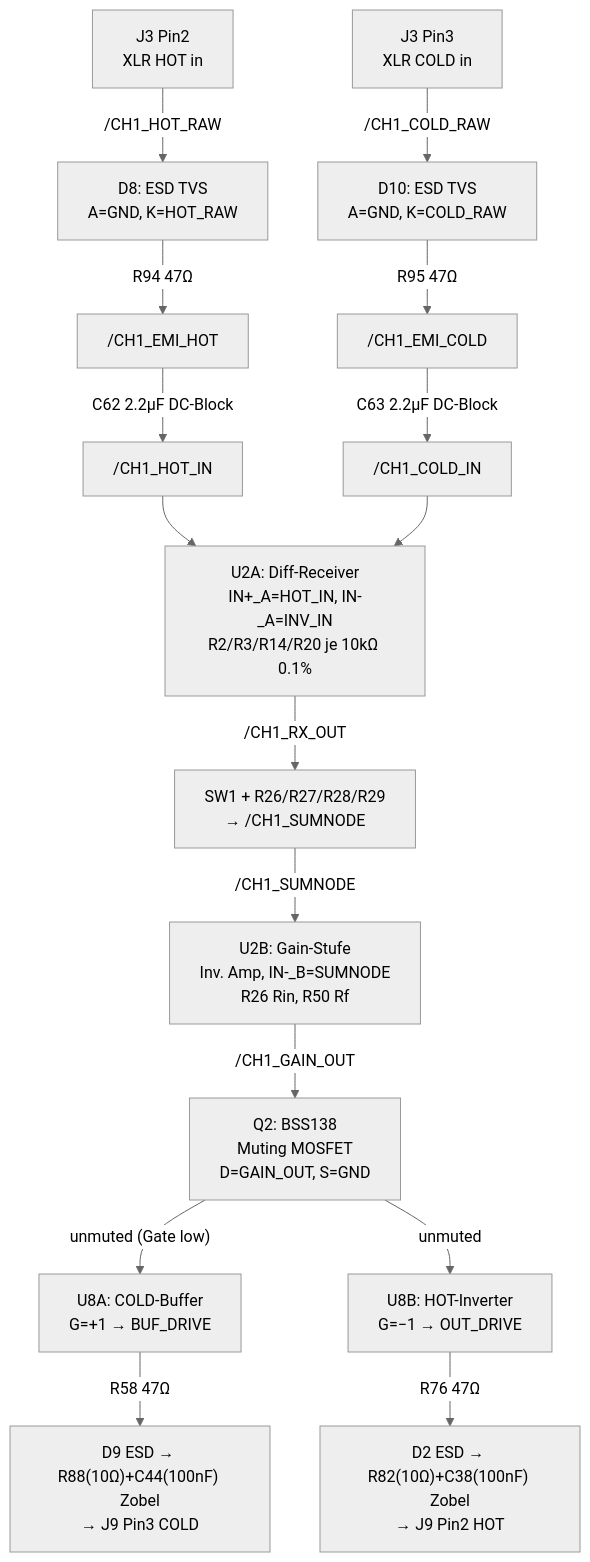
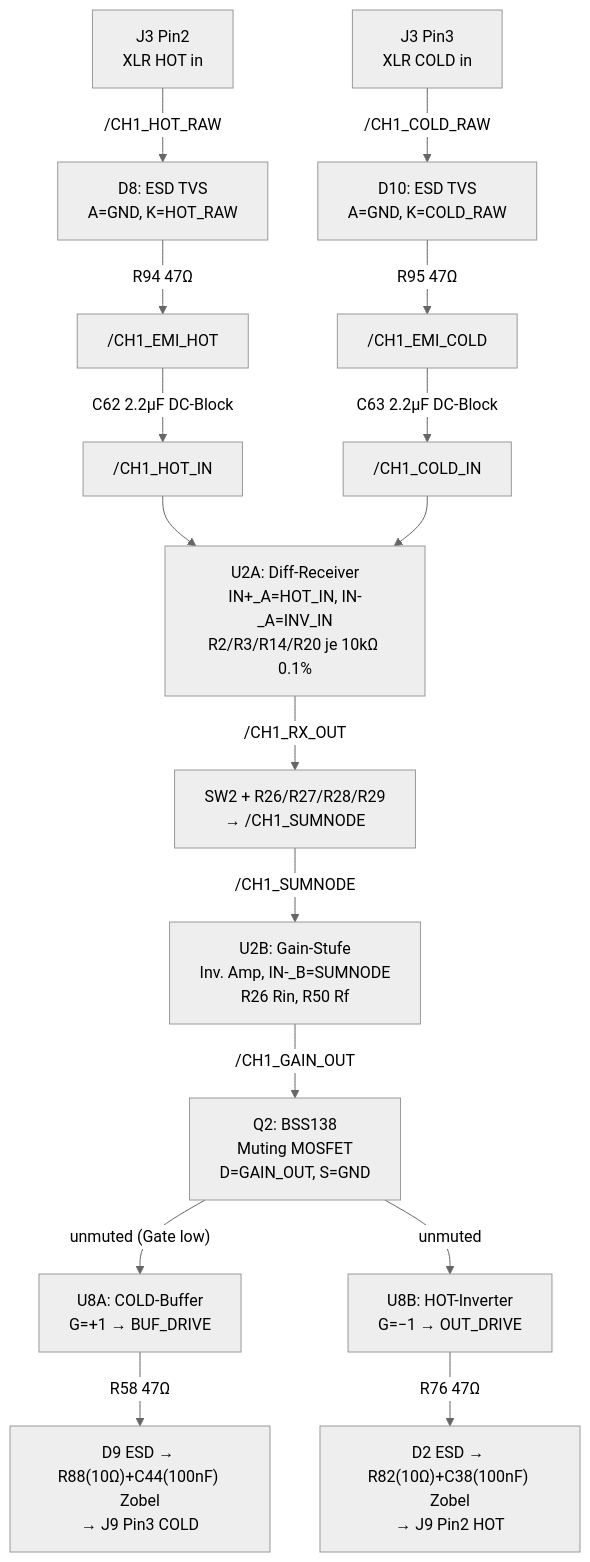
The eighth of 11 diagrams in README.md (jpsamuelson/aurora-icepower-booster), drawn with Mermaid (neutral theme) before and after one commit. The commit also changed other lines of this file, not shown here.

First line of the commit message:
fix(readme): 📝 correct pin references and switch labels in diagrams

````diff
--- a/README.md
+++ b/README.md
@@ -329,29 +329,29 @@
 ```mermaid
 flowchart TD
     A["J3 Pin2\nXLR HOT in"]
     B["J3 Pin3\nXLR COLD in"]
 
     A -->|/CH1_HOT_RAW| D8["D8: ESD TVS\nA=GND, K=HOT_RAW"]
     B -->|/CH1_COLD_RAW| D10["D10: ESD TVS\nA=GND, K=COLD_RAW"]
 
     D8 -->|"R94 47Ω"| EMI_H["/CH1_EMI_HOT"]
     D10 -->|"R95 47Ω"| EMI_C["/CH1_EMI_COLD"]
 
     EMI_H -->|"C62 2.2µF DC-Block"| DC_H["/CH1_HOT_IN"]
     EMI_C -->|"C63 2.2µF DC-Block"| DC_C["/CH1_COLD_IN"]
 
     DC_H --> UA["U2A: Diff-Receiver\nIN+_A=HOT_IN, IN-_A=INV_IN\nR2/R3/R14/R20 je 10kΩ 0.1%"]
     DC_C --> UA
 
-    UA -->|/CH1_RX_OUT| GAIN_IN["SW1 + R26/R27/R28/R29\n→ /CH1_SUMNODE"]
+    UA -->|/CH1_RX_OUT| GAIN_IN["SW2 + R26/R27/R28/R29\n→ /CH1_SUMNODE"]
 
     GAIN_IN -->|/CH1_SUMNODE| UB["U2B: Gain-Stufe\nInv. Amp, IN-_B=SUMNODE\nR26 Rin, R50 Rf"]
 
     UB -->|/CH1_GAIN_OUT| Q2["Q2: BSS138\nMuting MOSFET\nD=GAIN_OUT, S=GND"]
 
     Q2 -->|"unmuted (Gate low)"| UA8["U8A: COLD-Buffer\nG=+1 → BUF_DRIVE"]
     Q2 -->|"unmuted"| UB8["U8B: HOT-Inverter\nG=−1 → OUT_DRIVE"]
 
     UA8 -->|"R58 47Ω"| COLD_ESD["D9 ESD → R88(10Ω)+C44(100nF) Zobel\n→ J9 Pin3 COLD"]
     UB8 -->|"R76 47Ω"| HOT_ESD["D2 ESD → R82(10Ω)+C38(100nF) Zobel\n→ J9 Pin2 HOT"]
 ```
````
